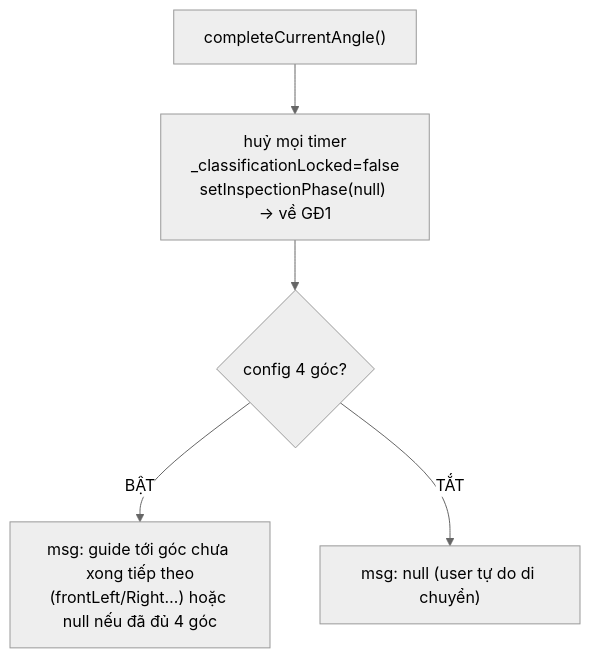
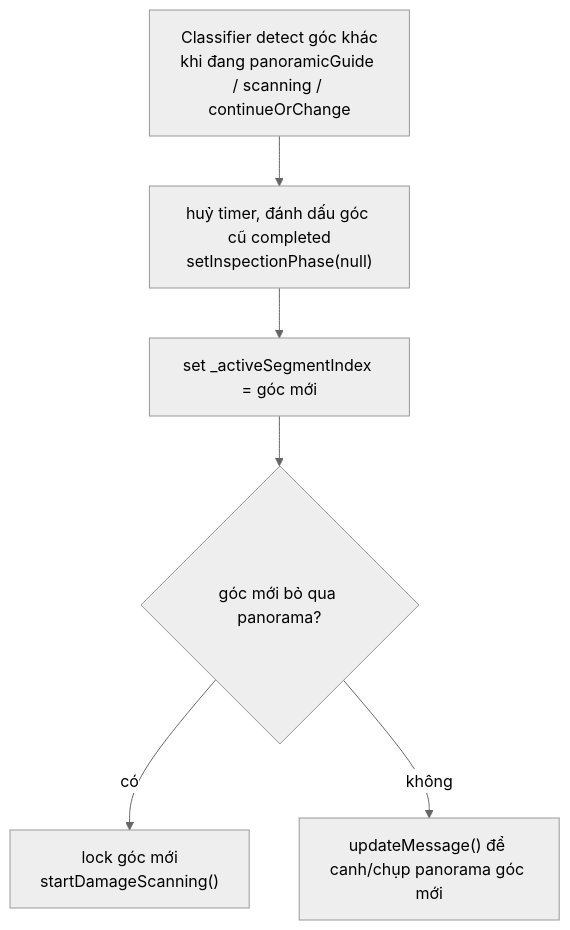
The ninth of 9 diagrams in CAMERA_CONTROLLER.md (Aicycle-Insurance/aicycle_on_device), drawn with Mermaid (neutral theme) before and after one commit. The commit also changed other lines of this file and 7 other files, not shown here.

Commit message:
feat: enhance camera inspection flow with automatic angle switching and improved tooltip messages

````diff
--- a/CAMERA_CONTROLLER.md
+++ b/CAMERA_CONTROLLER.md
@@ -194,7 +199,8 @@
 ```mermaid
 flowchart TD
-    R0["completeCurrentAngle()"] --> R1["huỷ mọi timer<br/>_classificationLocked=false<br/>setInspectionPhase(null) → về GĐ1"]
-    R1 --> R2{"config 4 góc?"}
-    R2 -->|BẬT| R3["msg: guide tới góc chưa xong tiếp theo<br/>(frontLeft/Right…) hoặc null nếu đã đủ 4 góc"]
-    R2 -->|TẮT| R4["msg: null (user tự do di chuyển)"]
+    R0["Classifier detect góc khác<br/>khi đang panoramicGuide / scanning / continueOrChange"] --> R1["huỷ timer, đánh dấu góc cũ completed<br/>setInspectionPhase(null)"]
+    R1 --> R2["set _activeSegmentIndex = góc mới"]
+    R2 --> R3{"góc mới bỏ qua panorama?"}
+    R3 -->|có| R4["lock góc mới<br/>startDamageScanning()"]
+    R3 -->|không| R5["updateMessage() để canh/chụp panorama góc mới"]
 ```
````
